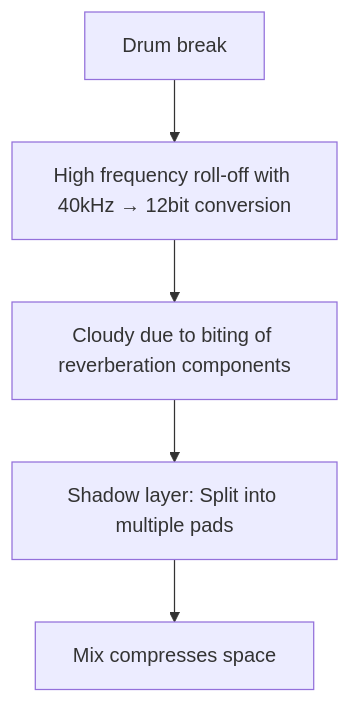
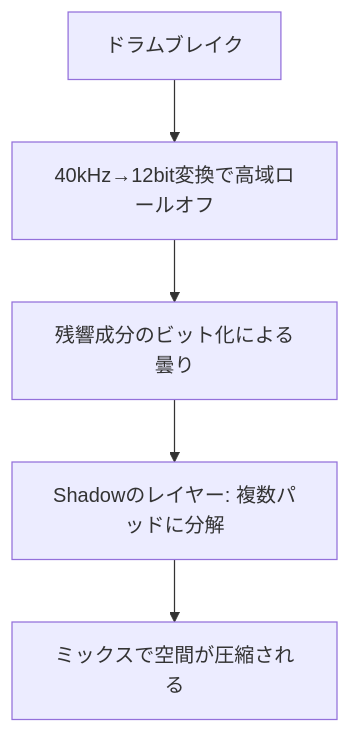
One commit to monumental-movement/monumental-movement.github.io changed diagram 14 of 21 in en/_posts/2025-11-20-column-akai-mpc-60-emu-sp1200.md. Above: the diagram before and after it, drawn with Mermaid. The commit also changed other lines of this file and 2196 other files, not shown here.

```diff
--- a/en/_posts/2025-11-20-column-akai-mpc-60-emu-sp1200.md
+++ b/en/_posts/2025-11-20-column-akai-mpc-60-emu-sp1200.md
@@ -422,9 +422,9 @@
 <div class="mermaid">
     
 flowchart TD
-    A["Drum break"] --> B["High frequency roll-off with 40kHz → 12bit conversion"]
-    B --> C["Cloudy due to biting of reverberation components"]
-    C --> D["Shadow layer: Split into multiple pads"]
-    D --> E["Mix compresses space"]
+    A["ドラムブレイク"] --> B["40kHz→12bit変換で高域ロールオフ"]
+    B --> C["残響成分のビット化による曇り"]
+    C --> D["Shadowのレイヤー: 複数パッドに分解"]
+    D --> E["ミックスで空間が圧縮される"]
 
 </div> 
```
